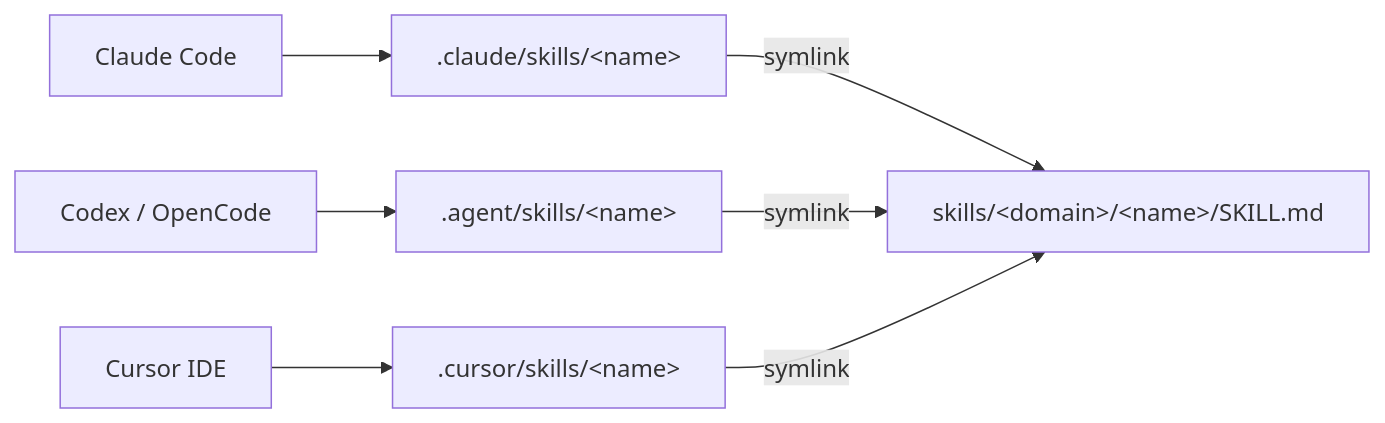
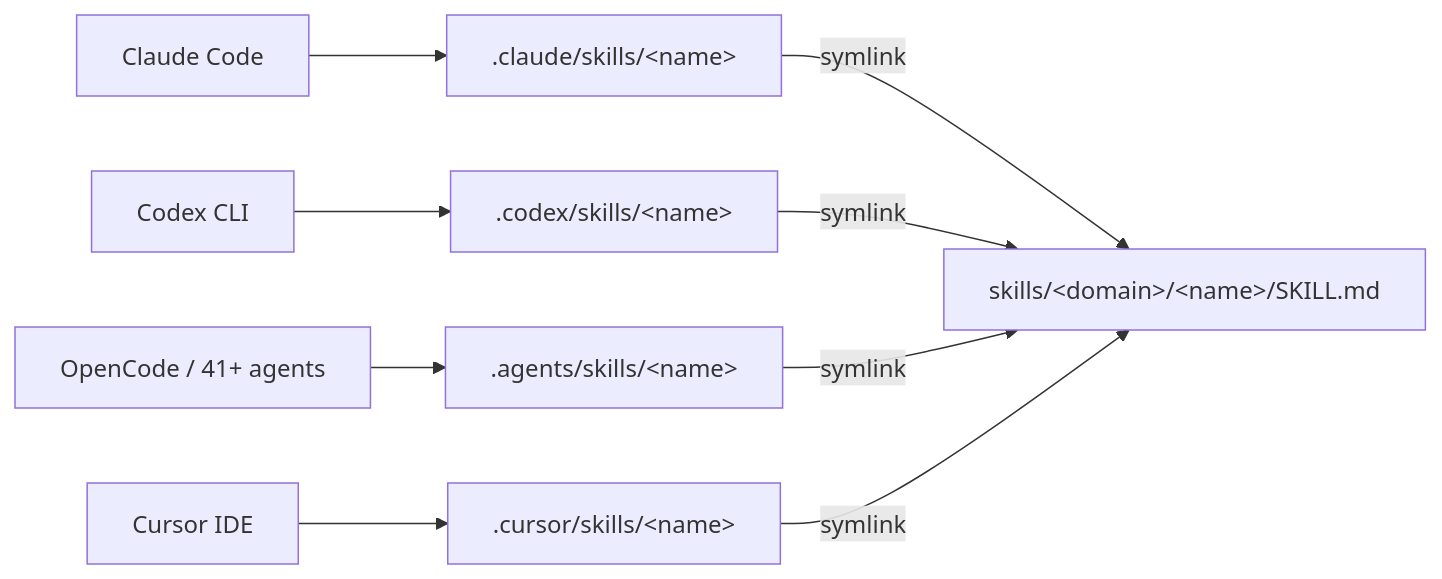
The diagram in README.md (BazingaOrg/SKILLS), drawn with Mermaid before and after one commit. The commit also changed other lines of this file and 4 other files, not shown here.

First line of the commit message:
refactor(symlinks): 仓库 agent 入口对齐生态约定，新增 .codex 入口

````diff
--- a/README.md
+++ b/README.md
@@ -95,18 +105,22 @@
 ```mermaid
 flowchart LR
     Source["skills/&lt;domain&gt;/&lt;name&gt;/SKILL.md"]
     Claude[".claude/skills/&lt;name&gt;"]
-    Agent[".agent/skills/&lt;name&gt;"]
+    Codex[".codex/skills/&lt;name&gt;"]
+    Agents[".agents/skills/&lt;name&gt;"]
     Cursor[".cursor/skills/&lt;name&gt;"]
     ClaudeCode["Claude Code"]
-    Codex["Codex / OpenCode"]
+    CodexCLI["Codex CLI"]
+    OpenCode["OpenCode / 41+ agents"]
     CursorIDE["Cursor IDE"]
 
     Claude -->|symlink| Source
-    Agent -->|symlink| Source
+    Codex -->|symlink| Source
+    Agents -->|symlink| Source
     Cursor -->|symlink| Source
 
     ClaudeCode --> Claude
-    Codex --> Agent
+    CodexCLI --> Codex
+    OpenCode --> Agents
     CursorIDE --> Cursor
 ```
````
